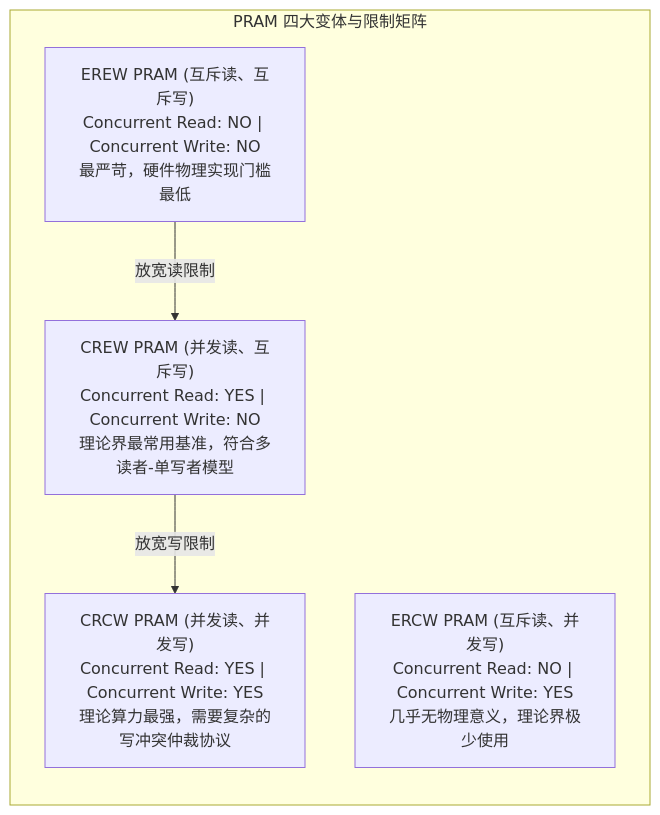
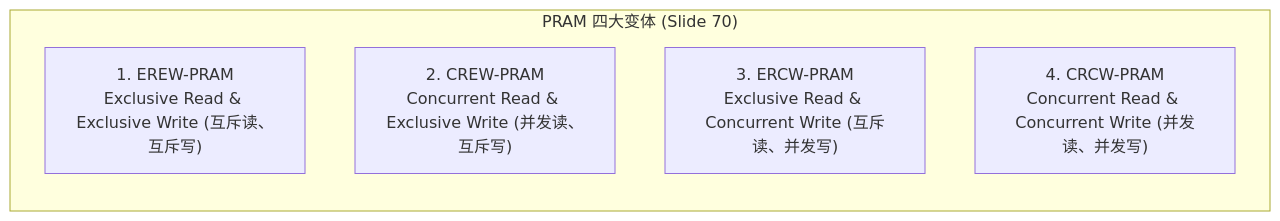
The diagram in page/CEG5201/Week01/CEG5201-Week01-PRAM理论模型与变体比较.md (Kytolly/NUS-coursework-wiki), drawn with Mermaid before and after one commit. The commit also changed other lines of this file and 18 other files, not shown here.

````diff
--- a/page/CEG5201/Week01/CEG5201-Week01-PRAM理论模型与变体比较.md
+++ b/page/CEG5201/Week01/CEG5201-Week01-PRAM理论模型与变体比较.md
@@ -37,13 +33,10 @@
 ```mermaid
 flowchart TD
-    subgraph PRAM_Variants ["PRAM 四大变体与限制矩阵"]
+    subgraph PRAM_Taxonomy ["PRAM 四大变体 (Slide 70)"]
         direction TB
-        EREW["EREW PRAM (互斥读、互斥写)<br>Concurrent Read: NO | Concurrent Write: NO<br>最严苛，硬件物理实现门槛最低"]
-        CREW["CREW PRAM (并发读、互斥写)<br>Concurrent Read: YES | Concurrent Write: NO<br>理论界最常用基准，符合多读者-单写者模型"]
-        ERCW["ERCW PRAM (互斥读、并发写)<br>Concurrent Read: NO | Concurrent Write: YES<br>几乎无物理意义，理论界极少使用"]
-        CRCW["CRCW PRAM (并发读、并发写)<br>Concurrent Read: YES | Concurrent Write: YES<br>理论算力最强，需要复杂的写冲突仲裁协议"]
+        EREW["1. EREW-PRAM<br>Exclusive Read & Exclusive Write (互斥读、互斥写)"]
+        CREW["2. CREW-PRAM<br>Concurrent Read & Exclusive Write (并发读、互斥写)"]
+        ERCW["3. ERCW-PRAM<br>Exclusive Read & Concurrent Write (互斥读、并发写)"]
+        CRCW["4. CRCW-PRAM<br>Concurrent Read & Concurrent Write (并发读、并发写)"]
     end
-
-    EREW -->|放宽读限制| CREW
-    CREW -->|放宽写限制| CRCW
 ```
````
